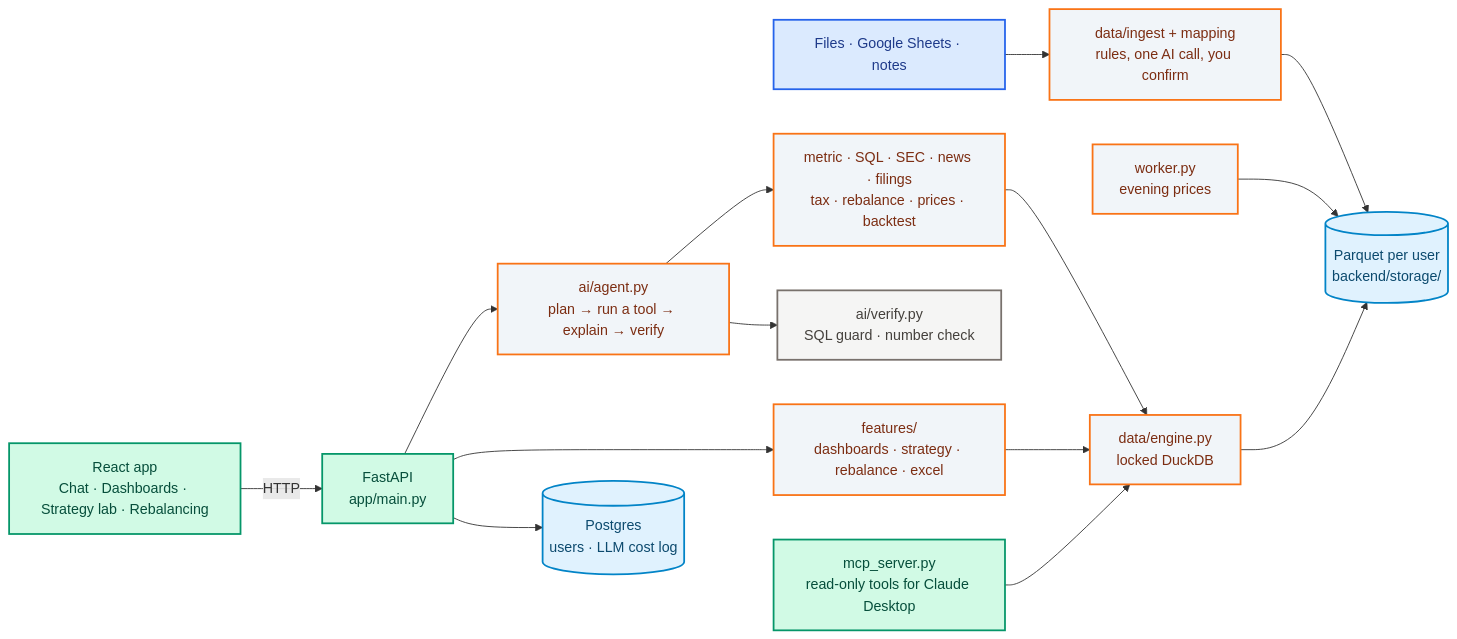
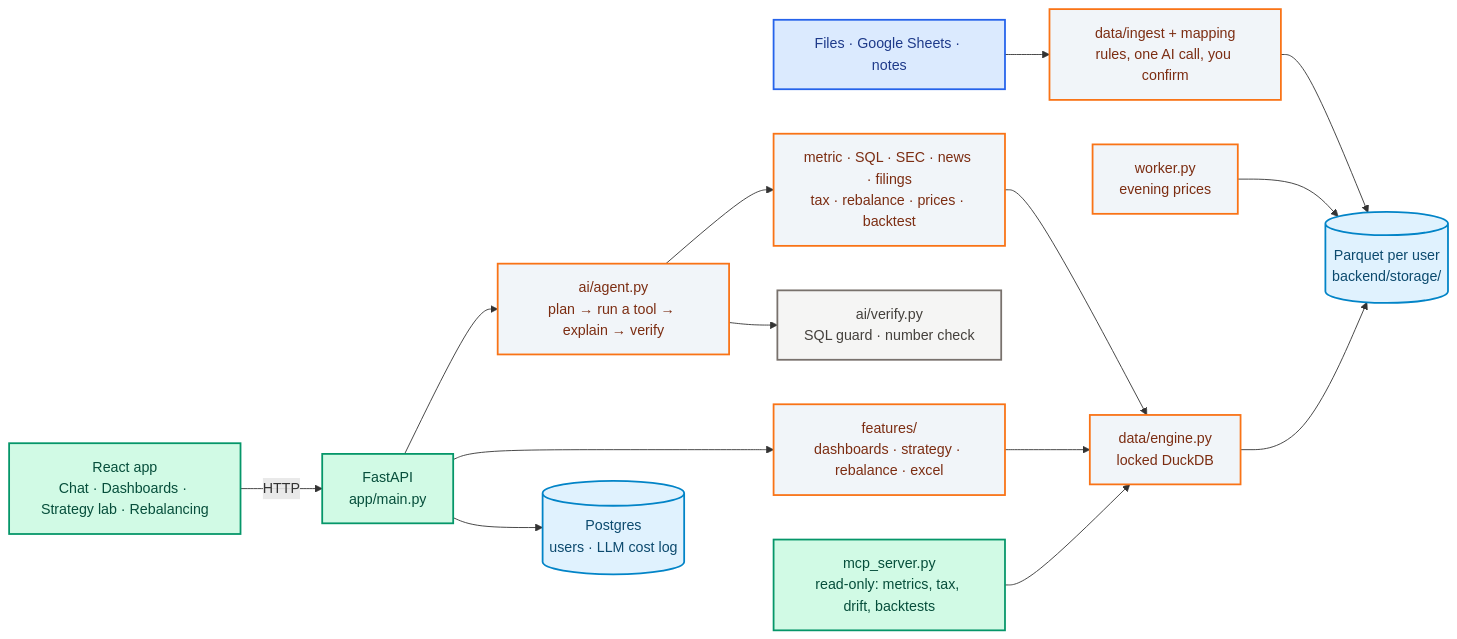
One commit to AmanDataGuy/WealthOS changed the diagram in README.md. Above: the diagram before and after it, drawn with Mermaid. The commit also changed other lines of this file and 5 other files, not shown here.

Commit message:
multi-step answers, remember and save-metric from chat, remove a table, tax/drift/backtests over MCP

````diff
--- a/README.md
+++ b/README.md
@@ -38,23 +38,23 @@
 ```mermaid
 flowchart LR
     classDef input fill:#dbeafe,stroke:#2563eb,stroke-width:2px,color:#1e3a8a
     classDef interface fill:#d1fae5,stroke:#059669,stroke-width:2px,color:#064e3b
     classDef core fill:#f1f5f9,stroke:#f97316,stroke-width:2px,color:#7c2d12
     classDef data fill:#e0f2fe,stroke:#0284c7,stroke-width:2px,color:#0c4a6e
     classDef guard fill:#f5f5f4,stroke:#78716c,stroke-width:2px,color:#44403c
 
     Files[Files · Google Sheets · notes]:::input --> Ingest[data/ingest + mapping<br>rules, one AI call, you confirm]:::core
     Ingest --> PQ[(Parquet per user<br>backend/storage/)]:::data
     Worker[worker.py<br>evening prices]:::core --> PQ
 
     UI[React app<br>Chat · Dashboards · Strategy lab · Rebalancing]:::interface -- HTTP --> API[FastAPI<br>app/main.py]:::interface
     API --> Agent[ai/agent.py<br>plan → run a tool → explain → verify]:::core
     Agent --> Tools[metric · SQL · SEC · news · filings<br>tax · rebalance · prices · backtest]:::core
     Tools --> Engine[data/engine.py<br>locked DuckDB]:::core
     API --> Features[features/<br>dashboards · strategy · rebalance · excel]:::core
     Features --> Engine
     Engine --> PQ
     Agent --> Verify[ai/verify.py<br>SQL guard · number check]:::guard
-    MCP[mcp_server.py<br>read-only tools for Claude Desktop]:::interface --> Engine
+    MCP[mcp_server.py<br>read-only: metrics, tax, drift, backtests]:::interface --> Engine
     API --> PG[(Postgres<br>users · LLM cost log)]:::data
 ```
````
